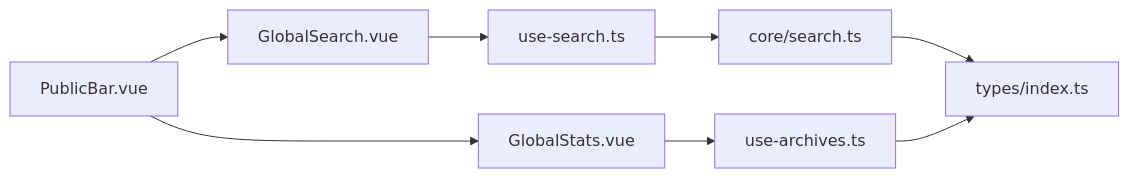
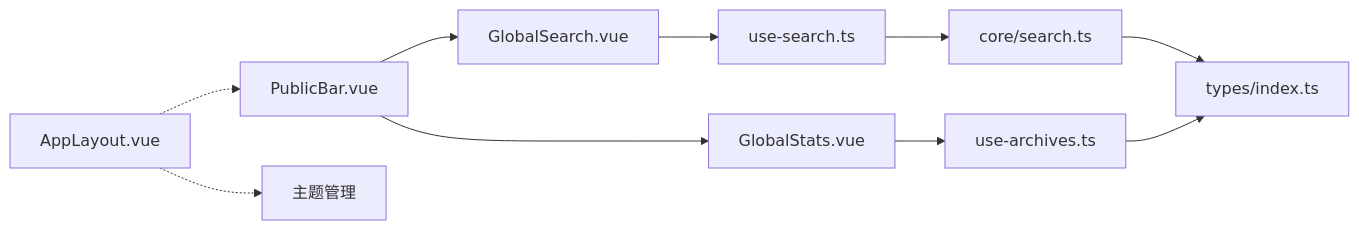
One commit to taoweidong/Hello-Tauri changed the seventh of 7 diagrams in .qoder/repowiki/zh/content/用户界面/核心组件/公共栏组件.md. Above: the diagram before and after it, drawn with Mermaid. The commit also changed other lines of this file and 14 other files, not shown here.

````diff
--- a/.qoder/repowiki/zh/content/用户界面/核心组件/公共栏组件.md
+++ b/.qoder/repowiki/zh/content/用户界面/核心组件/公共栏组件.md
@@ -249,10 +290,12 @@
 ```mermaid
 graph LR
 PB["PublicBar.vue"] --> GS["GlobalStats.vue"]
 PB --> GLS["GlobalSearch.vue"]
 GLS --> US["use-search.ts"]
 US --> SRCH["core/search.ts"]
 GS --> UA["use-archives.ts"]
 SRCH --> TY["types/index.ts"]
 UA --> TY
+AL["AppLayout.vue"] -.-> PB
+AL -.-> THM["主题管理"]
 ```
````
